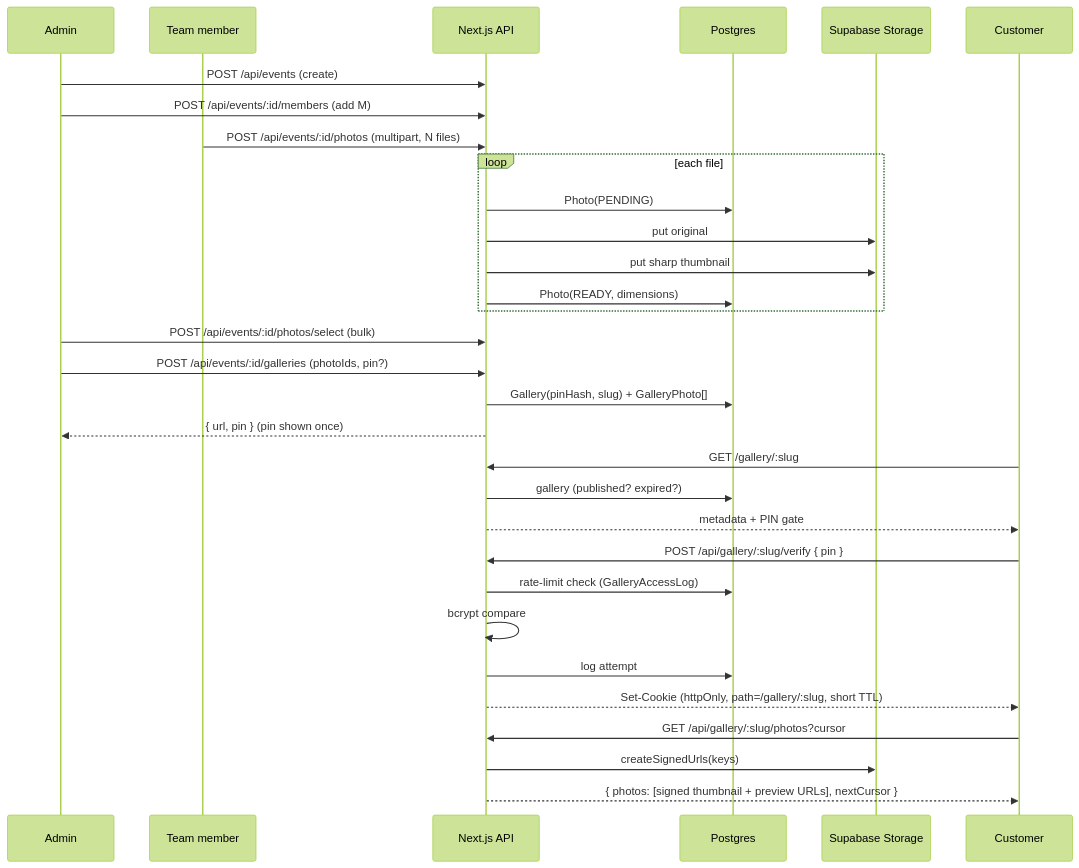
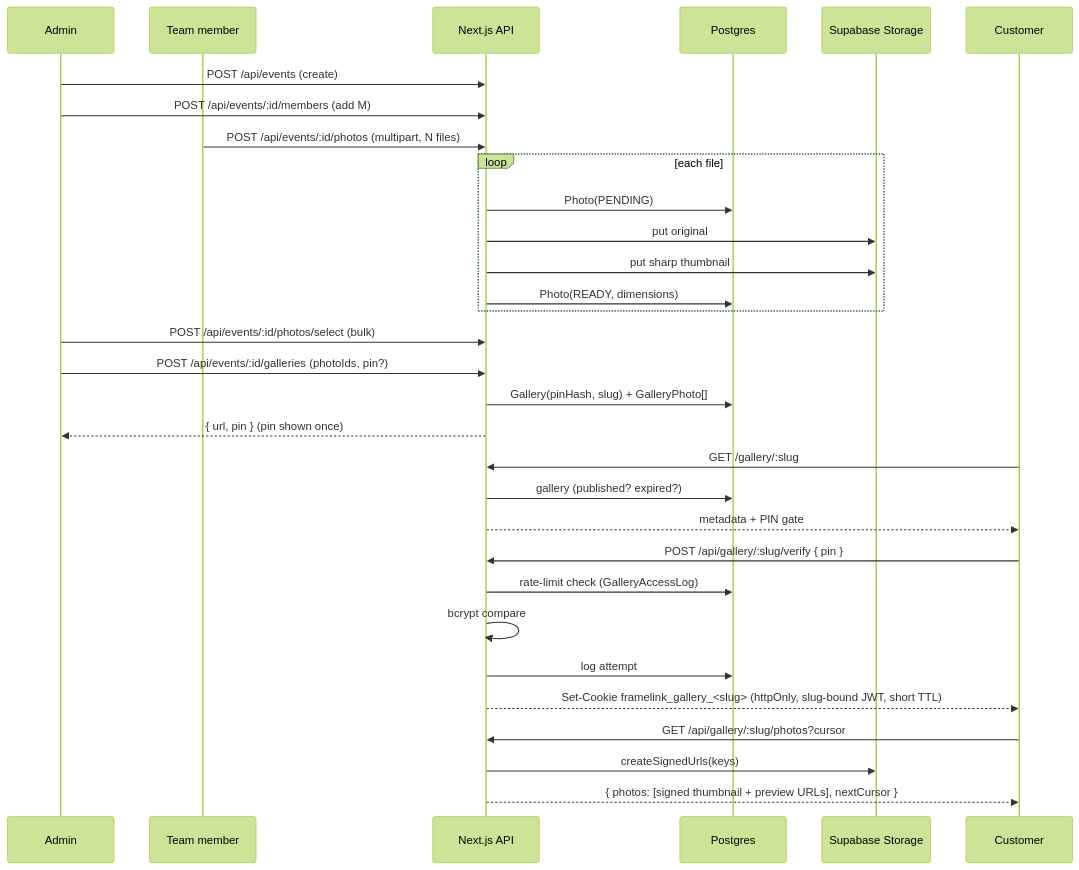
The third of 3 diagrams in docs/architecture.md (pushtisonawala/framelink), drawn with Mermaid (forest theme) before and after one commit. The commit also changed 5 other files, not shown here.

First line of the commit message:
Fix gallery access cookie path so /api/gallery routes receive it

````diff
--- a/docs/architecture.md
+++ b/docs/architecture.md
@@ -96,35 +96,35 @@
 ```mermaid
 sequenceDiagram
     participant A as Admin
     participant M as Team member
     participant S as Next.js API
     participant DB as Postgres
     participant OS as Supabase Storage
     participant C as Customer
 
     A->>S: POST /api/events (create)
     A->>S: POST /api/events/:id/members (add M)
     M->>S: POST /api/events/:id/photos (multipart, N files)
     loop each file
         S->>DB: Photo(PENDING)
         S->>OS: put original
         S->>OS: put sharp thumbnail
         S->>DB: Photo(READY, dimensions)
     end
     A->>S: POST /api/events/:id/photos/select (bulk)
     A->>S: POST /api/events/:id/galleries (photoIds, pin?)
     S->>DB: Gallery(pinHash, slug) + GalleryPhoto[]
     S-->>A: { url, pin }  (pin shown once)
 
     C->>S: GET /gallery/:slug
     S->>DB: gallery (published? expired?)
     S-->>C: metadata + PIN gate
     C->>S: POST /api/gallery/:slug/verify { pin }
     S->>DB: rate-limit check (GalleryAccessLog)
     S->>S: bcrypt compare
     S->>DB: log attempt
-    S-->>C: Set-Cookie (httpOnly, path=/gallery/:slug, short TTL)
+    S-->>C: Set-Cookie framelink_gallery_<slug> (httpOnly, slug-bound JWT, short TTL)
     C->>S: GET /api/gallery/:slug/photos?cursor
     S->>OS: createSignedUrls(keys)
     S-->>C: { photos: [signed thumbnail + preview URLs], nextCursor }
 ```
````
